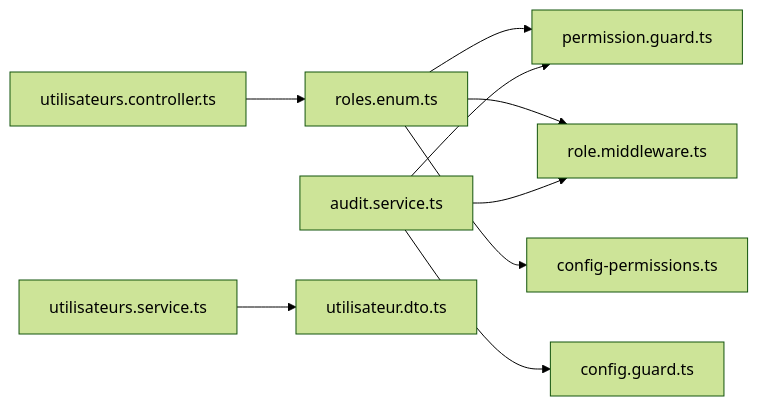
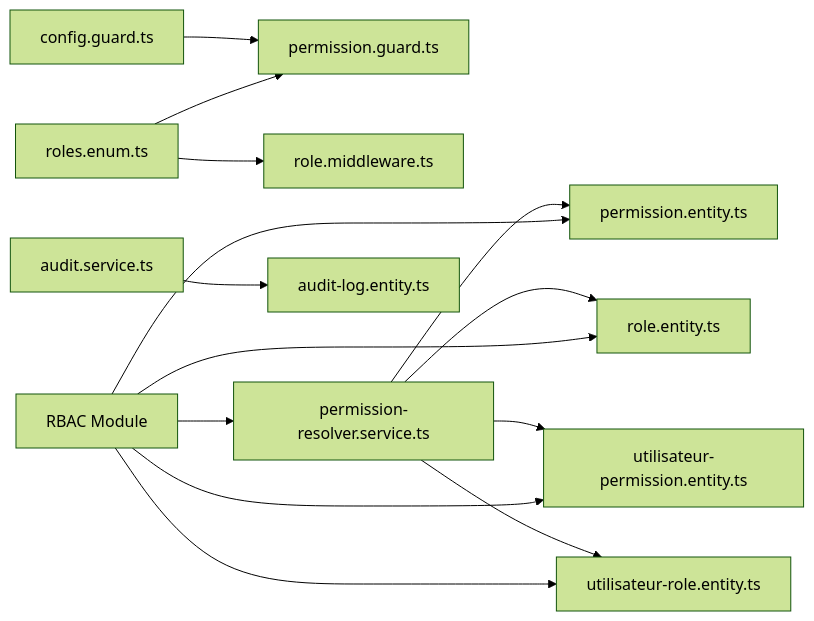
One commit to franckylab/eLISAschool changed the fifth of 5 diagrams in .qoder/repowiki/en/content/Authentication & Authorization/Role-Based Access Control.md. Above: the diagram before and after it, drawn with Mermaid (forest theme). The commit also changed other lines of this file and 75 other files, not shown here.

````diff
--- a/.qoder/repowiki/en/content/Authentication & Authorization/Role-Based Access Control.md
+++ b/.qoder/repowiki/en/content/Authentication & Authorization/Role-Based Access Control.md
@@ -375,11 +371,16 @@
 ```mermaid
 graph LR
-RolesEnum["roles.enum.ts"] --> PermGuard["permission.guard.ts"]
-RolesEnum --> RoleMW["role.middleware.ts"]
-RolesEnum --> ConfigPerm["config-permissions.ts"]
-AuditSvc["audit.service.ts"] --> PermGuard
-AuditSvc --> RoleMW
-AuditSvc --> ConfigGuard["config.guard.ts"]
-UCtrl["utilisateurs.controller.ts"] --> RolesEnum
-USvc["utilisateurs.service.ts"] --> UDtos["utilisateur.dto.ts"]
+LegacyRoles["roles.enum.ts"] --> PermGuard["permission.guard.ts"]
+LegacyRoles --> RoleMW["role.middleware.ts"]
+RBACModule["RBAC Module"] --> PermResolver["permission-resolver.service.ts"]
+RBACModule --> PermEntity["permission.entity.ts"]
+RBACModule --> RoleEntity["role.entity.ts"]
+RBACModule --> UserPermEntity["utilisateur-permission.entity.ts"]
+RBACModule --> UserRoleEntity["utilisateur-role.entity.ts"]
+PermResolver --> PermEntity
+PermResolver --> RoleEntity
+PermResolver --> UserPermEntity
+PermResolver --> UserRoleEntity
+AuditSvc["audit.service.ts"] --> AuditLog["audit-log.entity.ts"]
+ConfigGuard["config.guard.ts"] --> PermGuard
 ```
````
